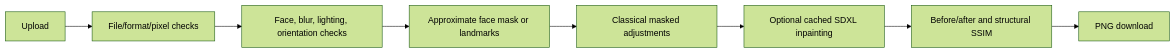
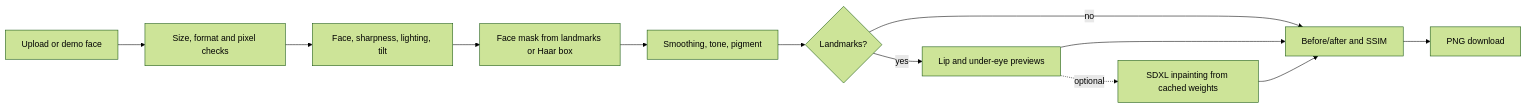
The diagram in README.md (anees-z-01/skin-preview-app), drawn with Mermaid (forest theme) before and after one commit. The commit also changed other lines of this file and 10 other files, not shown here.

````diff
--- a/README.md
+++ b/README.md
@@ -28,10 +26,14 @@
 ```mermaid
 flowchart LR
-  Upload --> Bounds[File/format/pixel checks]
-  Bounds --> QC[Face, blur, lighting, orientation checks]
-  QC --> Region[Approximate face mask or landmarks]
-  Region --> Effects[Classical masked adjustments]
-  Effects --> Optional[Optional cached SDXL inpainting]
-  Optional --> Compare[Before/after and structural SSIM]
+  Source[Upload or demo face] --> Decode[Size, format and pixel checks]
+  Decode --> QC[Face, sharpness, lighting, tilt]
+  QC --> Mask[Face mask from landmarks or Haar box]
+  Mask --> Skin[Smoothing, tone, pigment]
+  Skin --> Regions{Landmarks?}
+  Regions -- yes --> Proc[Lip and under-eye previews]
+  Proc -. optional .-> SDXL[SDXL inpainting from cached weights]
+  Regions -- no --> Compare
+  Proc --> Compare[Before/after and SSIM]
+  SDXL --> Compare
   Compare --> Download[PNG download]
 ```
````
